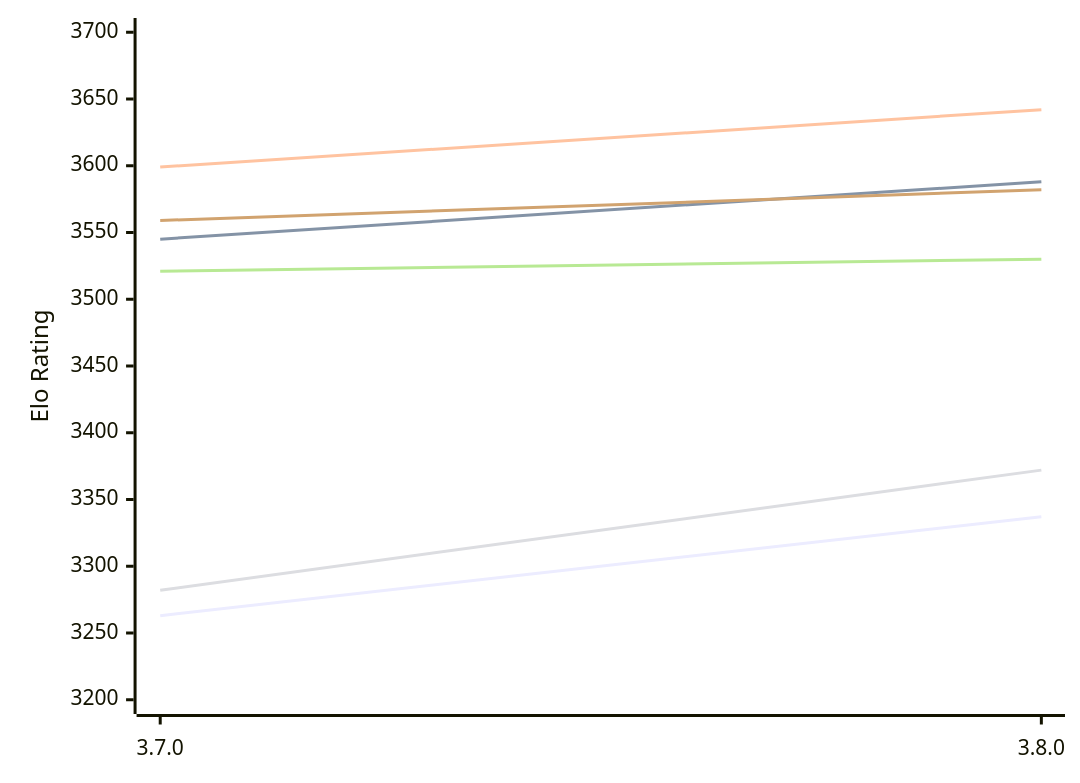
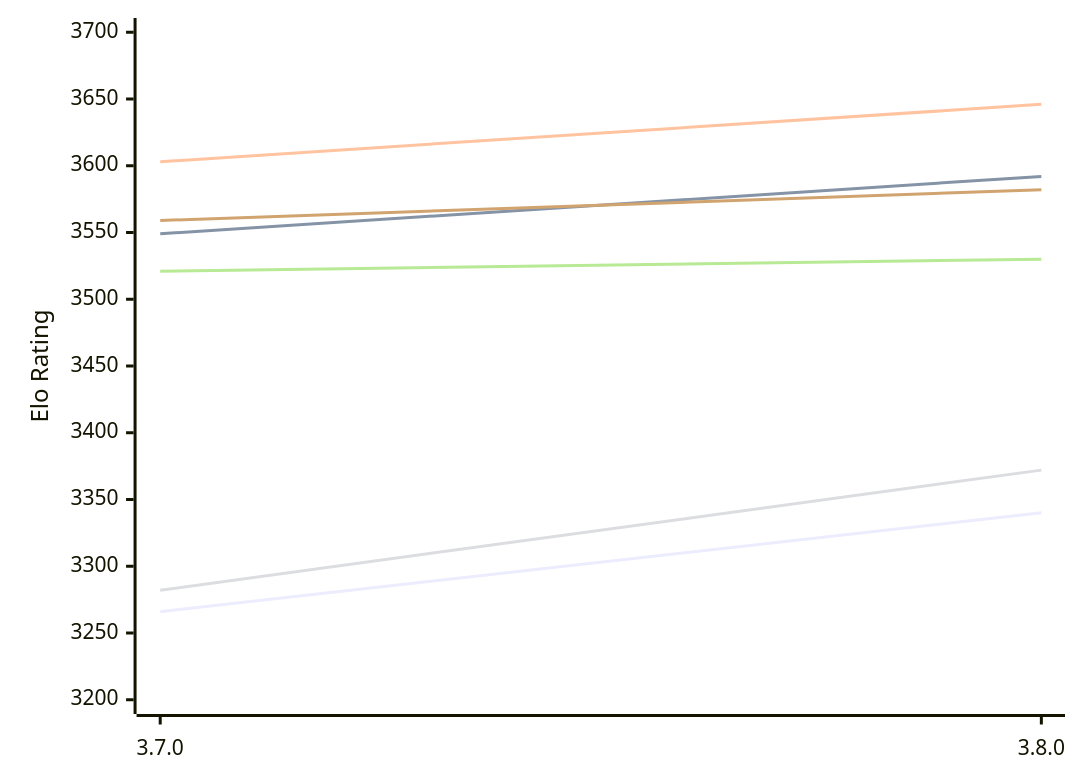
The first of 2 diagrams in engines/Igel.md (computer-chess-index/cci), drawn with Mermaid before and after one commit. The commit also changed other lines of this file, not shown here.

Commit message:
Update CCI Ratings (ELO VLTC) - 2026-11-22

````diff
--- a/engines/Igel.md
+++ b/engines/Igel.md
@@ -51,12 +51,12 @@
 ```mermaid
 %%{init: {"theme":"base","themeVariables":{"seriesColors:['#a3a3a3','#222221','#faa371']}}}%%
 xychart-beta
   x-axis ["3.7.0", "3.8.0"]
   y-axis "Elo Rating" 3200 --> 3700
-  line "E1: STC (8.0+0.08s)" [3263, 3337]
-  line "E1: LTC (60.0+0.60s)" [3545, 3588]
-  line "E1: VLTC (2m24s+1.12s)" [3599, 3642]
+  line "E1: STC (8.0+0.08s)" [3266, 3340]
+  line "E1: LTC (60.0+0.60s)" [3549, 3592]
+  line "E1: VLTC (2m24s+1.12s)" [3603, 3646]
   line "P1: STC (8.0+0.08s)" [3282, 3372]
   line "P1: LTC (60.0+0.60s)" [3521, 3530]
   line "P1: VLTC (2m24s+1.12s)" [3559, 3582]
 ```
````
